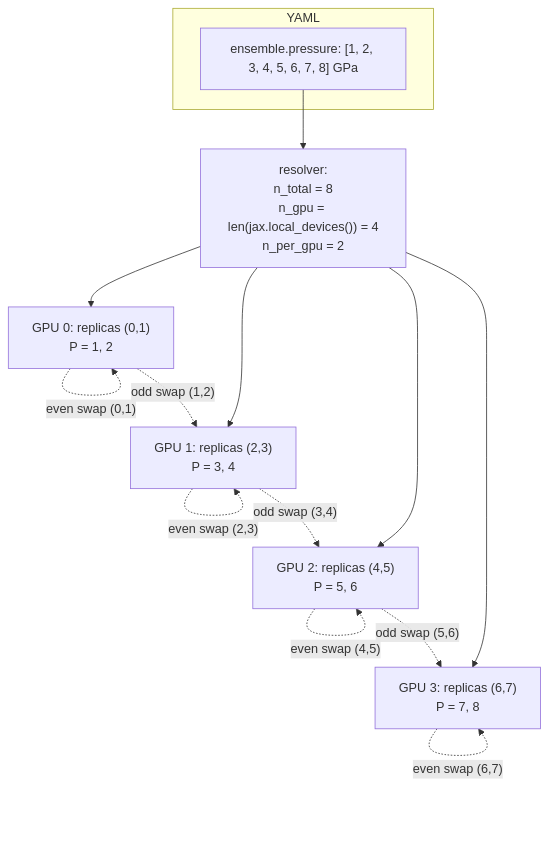
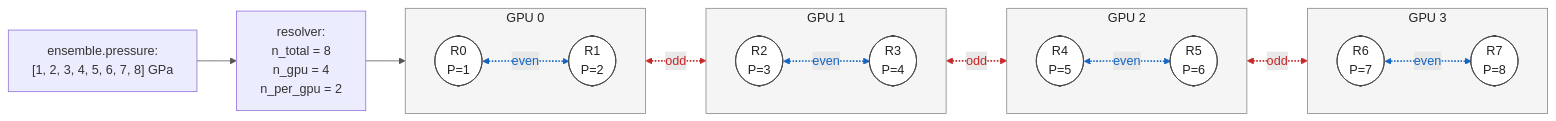
One commit to nunglert/jaxrens changed the first of 3 diagrams in docs/user/concepts/replicas.md. Above: the diagram before and after it, drawn with Mermaid. The commit also changed other lines of this file and 45 other files, not shown here.

````diff
--- a/docs/user/concepts/replicas.md
+++ b/docs/user/concepts/replicas.md
@@ -37,18 +42,38 @@
 ```{mermaid}
-flowchart TB
-    subgraph YAML
-        P["ensemble.pressure: [1, 2, 3, 4, 5, 6, 7, 8] GPa"]
+flowchart LR
+    YAML["ensemble.pressure:<br/>[1, 2, 3, 4, 5, 6, 7, 8] GPa"]
+    RES["resolver:<br/>n_total = 8<br/>n_gpu = 4<br/>n_per_gpu = 2"]
+    YAML --> RES
+    RES --> R0
+
+    subgraph G0["GPU 0"]
+        direction LR
+        R0(["R0<br/>P=1"]) <-. even .-> R1(["R1<br/>P=2"])
     end
-    P --> RES["resolver:<br/>n_total = 8<br/>n_gpu = len(jax.local_devices()) = 4<br/>n_per_gpu = 2"]
-    RES --> G0["GPU 0: replicas (0,1)<br/>P = 1, 2"]
-    RES --> G1["GPU 1: replicas (2,3)<br/>P = 3, 4"]
-    RES --> G2["GPU 2: replicas (4,5)<br/>P = 5, 6"]
-    RES --> G3["GPU 3: replicas (6,7)<br/>P = 7, 8"]
-    G0 -. "even swap (0,1)" .-> G0
-    G1 -. "even swap (2,3)" .-> G1
-    G2 -. "even swap (4,5)" .-> G2
-    G3 -. "even swap (6,7)" .-> G3
-    G0 -. "odd swap (1,2)" .-> G1
-    G1 -. "odd swap (3,4)" .-> G2
-    G2 -. "odd swap (5,6)" .-> G3
+    subgraph G1["GPU 1"]
+        direction LR
+        R2(["R2<br/>P=3"]) <-. even .-> R3(["R3<br/>P=4"])
+    end
+    subgraph G2["GPU 2"]
+        direction LR
+        R4(["R4<br/>P=5"]) <-. even .-> R5(["R5<br/>P=6"])
+    end
+    subgraph G3["GPU 3"]
+        direction LR
+        R6(["R6<br/>P=7"]) <-. even .-> R7(["R7<br/>P=8"])
+    end
+
+    R1 <-. odd .-> R2
+    R3 <-. odd .-> R4
+    R5 <-. odd .-> R6
+
+    linkStyle 0 stroke:#555,color:#222
+    linkStyle 1 stroke:#555,color:#222
+    linkStyle 2,3,4,5 stroke:#1565c0,color:#1565c0,stroke-width:2px
+    linkStyle 6,7,8 stroke:#c62828,color:#c62828,stroke-width:2px
+
+    classDef gpuBox fill:#f5f5f5,stroke:#888,color:#222
+    classDef rep fill:#fff,stroke:#444,color:#222
+    class G0,G1,G2,G3 gpuBox
+    class R0,R1,R2,R3,R4,R5,R6,R7 rep
 ```
````
